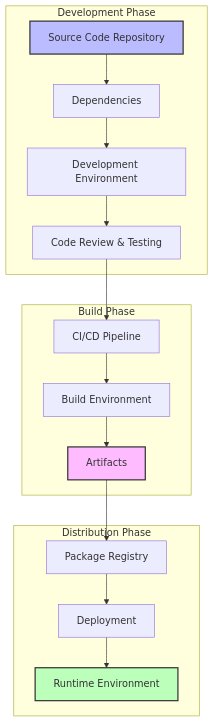
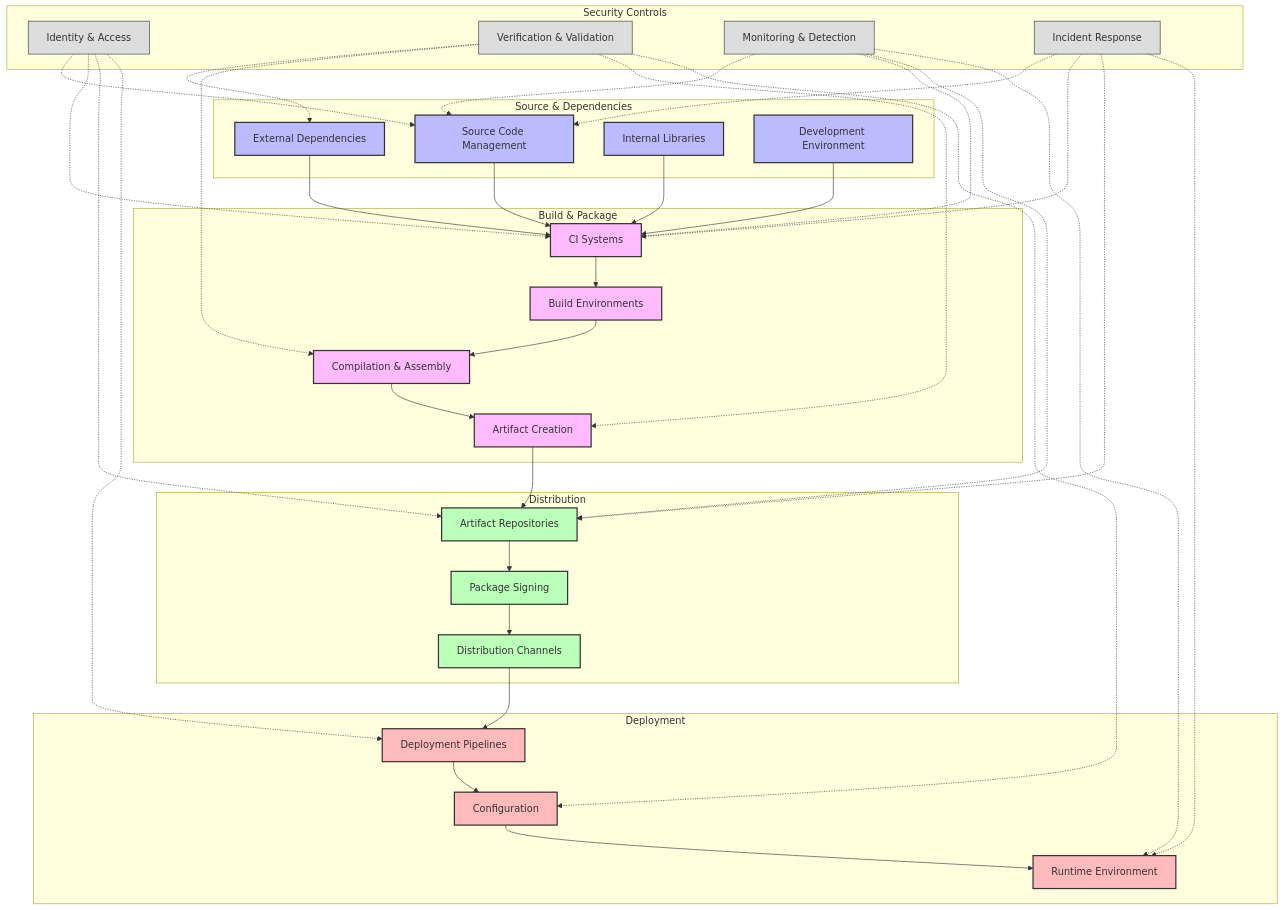
Before and after one commit to harekrishnarai/software-supply-chain-security-notes: the second of 4 diagrams in docs/introduction/overview.md, drawn with Mermaid. The commit also changed other lines of this file and 4 other files, not shown here.

````diff
--- a/docs/introduction/overview.md
+++ b/docs/introduction/overview.md
@@ -31,24 +118,75 @@
 ```mermaid
-graph TD
-    subgraph "Development Phase"
-        A[Source Code Repository] --> B[Dependencies]
-        B --> C[Development Environment]
-        C --> D[Code Review & Testing]
+flowchart TD
+    classDef source fill:#bbf,stroke:#333,stroke-width:2px
+    classDef build fill:#fbf,stroke:#333,stroke-width:2px
+    classDef dist fill:#bfb,stroke:#333,stroke-width:2px
+    classDef deploy fill:#fbb,stroke:#333,stroke-width:2px
+    classDef controls fill:#ddd,stroke:#333,stroke-width:1px
+    
+    subgraph "Source & Dependencies"
+        A1[Source Code Management]:::source
+        A2[External Dependencies]:::source
+        A3[Internal Libraries]:::source
+        A4[Development Environment]:::source
     end
     
-    subgraph "Build Phase"
-        D --> E[CI/CD Pipeline]
-        E --> F[Build Environment]
-        F --> G[Artifacts]
+    subgraph "Build & Package"
+        B1[CI Systems]:::build
+        B2[Build Environments]:::build
+        B3[Compilation & Assembly]:::build
+        B4[Artifact Creation]:::build
     end
     
-    subgraph "Distribution Phase"
-        G --> H[Package Registry]
-        H --> I[Deployment]
-        I --> J[Runtime Environment]
+    subgraph "Distribution"
+        C1[Artifact Repositories]:::dist
+        C2[Package Signing]:::dist
+        C3[Distribution Channels]:::dist
     end
     
-    style A fill:#bbf,stroke:#333,stroke-width:2px
-    style G fill:#fbf,stroke:#333,stroke-width:2px 
-    style J fill:#bfb,stroke:#333,stroke-width:2px
+    subgraph "Deployment"
+        D1[Deployment Pipelines]:::deploy
+        D2[Configuration]:::deploy
+        D3[Runtime Environment]:::deploy
+    end
+    
+    subgraph "Security Controls"
+        E1[Identity & Access]:::controls
+        E2[Verification & Validation]:::controls
+        E3[Monitoring & Detection]:::controls
+        E4[Incident Response]:::controls
+    end
+    
+    A1 --> B1
+    A2 --> B1
+    A3 --> B1
+    A4 --> B1
+    B1 --> B2
+    B2 --> B3
+    B3 --> B4
+    B4 --> C1
+    C1 --> C2
+    C2 --> C3
+    C3 --> D1
+    D1 --> D2
+    D2 --> D3
+    
+    E1 -.-> A1
+    E1 -.-> B1
+    E1 -.-> C1
+    E1 -.-> D1
+    
+    E2 -.-> A2
+    E2 -.-> B3
+    E2 -.-> B4
+    E2 -.-> D2
+    
+    E3 -.-> A1
+    E3 -.-> B1
+    E3 -.-> C1
+    E3 -.-> D3
+    
+    E4 -.-> A1
+    E4 -.-> B1
+    E4 -.-> C1
+    E4 -.-> D3
 ```
````
